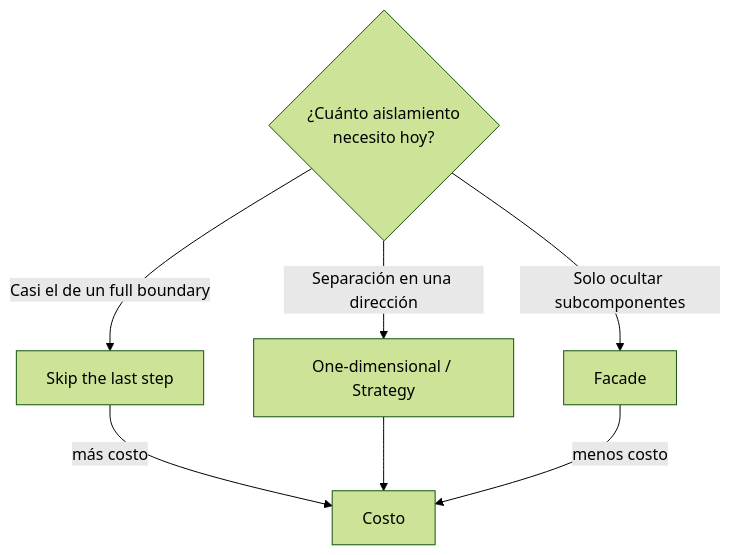
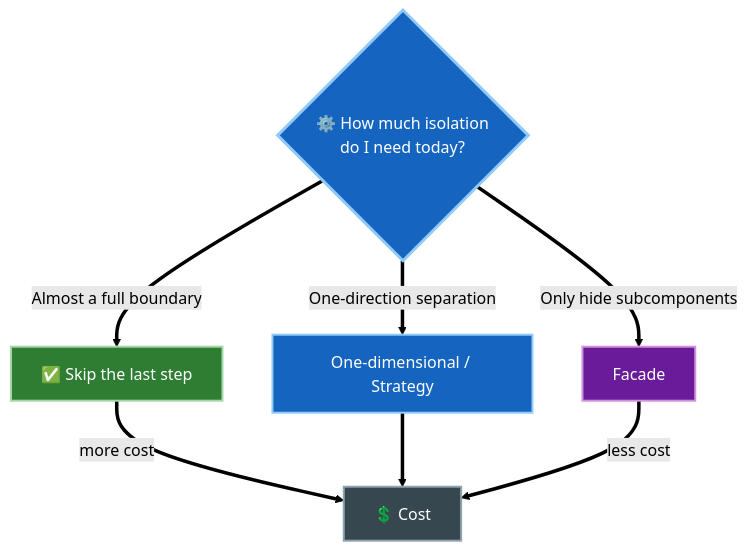
The third of 3 diagrams in 10-limites-parciales/02-estrategias-partial-boundaries.md (JavierMachucaA/clean-architecture-guia), drawn with Mermaid (forest theme) before and after one commit. The commit also changed other lines of this file and 45 other files, not shown here.

````diff
--- a/10-limites-parciales/02-estrategias-partial-boundaries.md
+++ b/10-limites-parciales/02-estrategias-partial-boundaries.md
@@ -60,10 +62,16 @@
 ```mermaid
 flowchart TD
-    Q{¿Cuánto aislamiento\nnecesito hoy?} 
-    Q -->|Casi el de un full boundary| S[Skip the last step]
-    Q -->|Separación en una dirección| O[One-dimensional / Strategy]
-    Q -->|Solo ocultar subcomponentes| F[Facade]
-    S -->|más costo| Cost[Costo]
-    O --> Cost
-    F -->|menos costo| Cost
+    Q{"⚙️ How much isolation<br/>do I need today?"}
+    Q ==>|Almost a full boundary| S[✅ Skip the last step]
+    Q ==>|One-direction separation| O[One-dimensional / Strategy]
+    Q ==>|Only hide subcomponents| F[Facade]
+    S ==>|more cost| Cost[💲 Cost]
+    O ==> Cost
+    F ==>|less cost| Cost
+
+    style Q fill:#1565c0,stroke:#90caf9,color:#fff,stroke-width:3px
+    style S fill:#2e7d32,stroke:#a5d6a7,color:#fff,stroke-width:2px
+    style O fill:#1565c0,stroke:#90caf9,color:#fff,stroke-width:2px
+    style F fill:#6a1b9a,stroke:#ce93d8,color:#fff,stroke-width:2px
+    style Cost fill:#37474f,stroke:#90a4ae,color:#fff,stroke-width:2px
 ```
````
